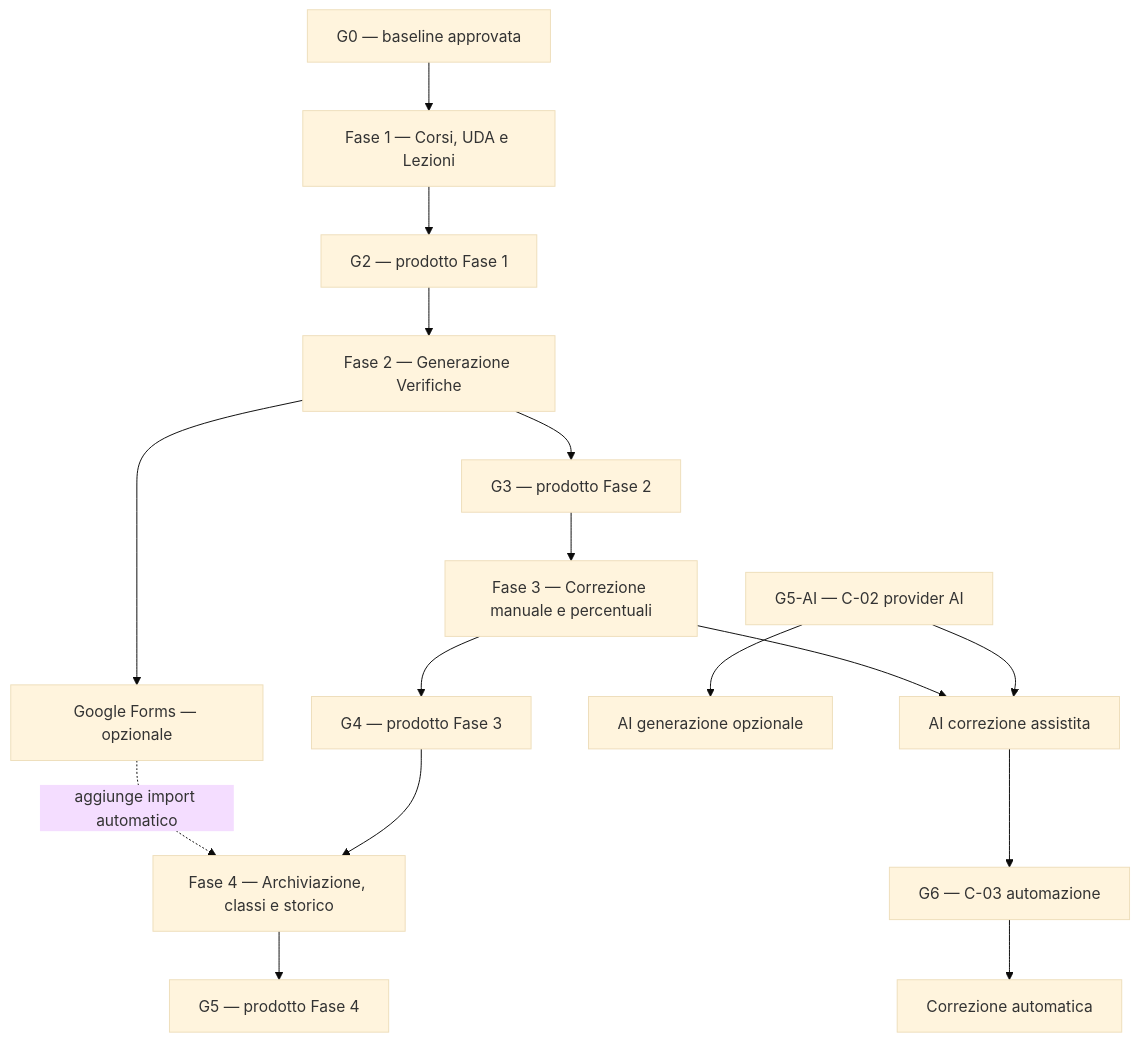
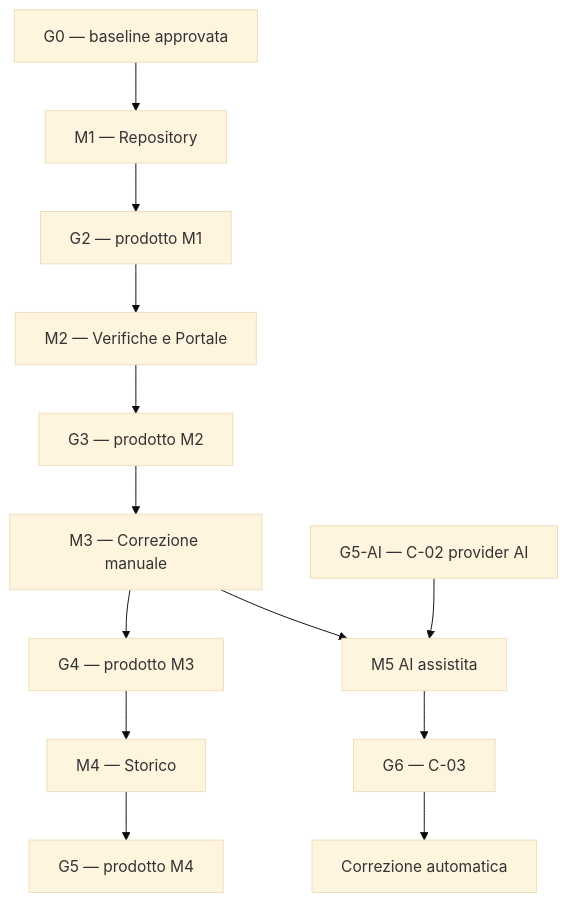
Before and after one commit to EnricoPaparo/SchoolForge: the diagram in documentazione/piano-implementazione.md, drawn with Mermaid (base theme). The commit also changed other lines of this file and 2 other files, not shown here.

````diff
--- a/documentazione/piano-implementazione.md
+++ b/documentazione/piano-implementazione.md
@@ -105,20 +103,16 @@
 ```mermaid
 flowchart TD
-    G0["G0 — baseline approvata"] --> P1["Fase 1 — Corsi, UDA e Lezioni"]
-    P1 --> G2["G2 — prodotto Fase 1"]
-    G2 --> P2["Fase 2 — Generazione Verifiche"]
-    P2 --> G3["G3 — prodotto Fase 2"]
-    G3 --> P3["Fase 3 — Correzione manuale e percentuali"]
-    P3 --> G4["G4 — prodotto Fase 3"]
-    G4 --> P4["Fase 4 — Archiviazione, classi e storico"]
-    P4 --> G5["G5 — prodotto Fase 4"]
+    G0["G0 — baseline approvata"] --> M1["M1 — Repository"]
+    M1 --> G2["G2 — prodotto M1"]
+    G2 --> M2["M2 — Verifiche e Portale"]
+    M2 --> G3["G3 — prodotto M2"]
+    G3 --> M3["M3 — Correzione manuale"]
+    M3 --> G4["G4 — prodotto M3"]
+    G4 --> M4["M4 — Storico"]
+    M4 --> G5["G5 — prodotto M4"]
 
-    P2 --> GF["Google Forms — opzionale"]
-    GF -. "aggiunge import automatico" .-> P4
-
-    G5AI["G5-AI — C-02 provider AI"] --> AIQ["AI generazione opzionale"]
-    G5AI --> AIC["AI correzione assistita"]
-    P3 --> AIC
-    AIC --> G6["G6 — C-03 automazione"]
+    G5AI["G5-AI — C-02 provider AI"] --> AIC["M5 AI assistita"]
+    M3 --> AIC
+    AIC --> G6["G6 — C-03"]
     G6 --> AIA["Correzione automatica"]
 ```
````
